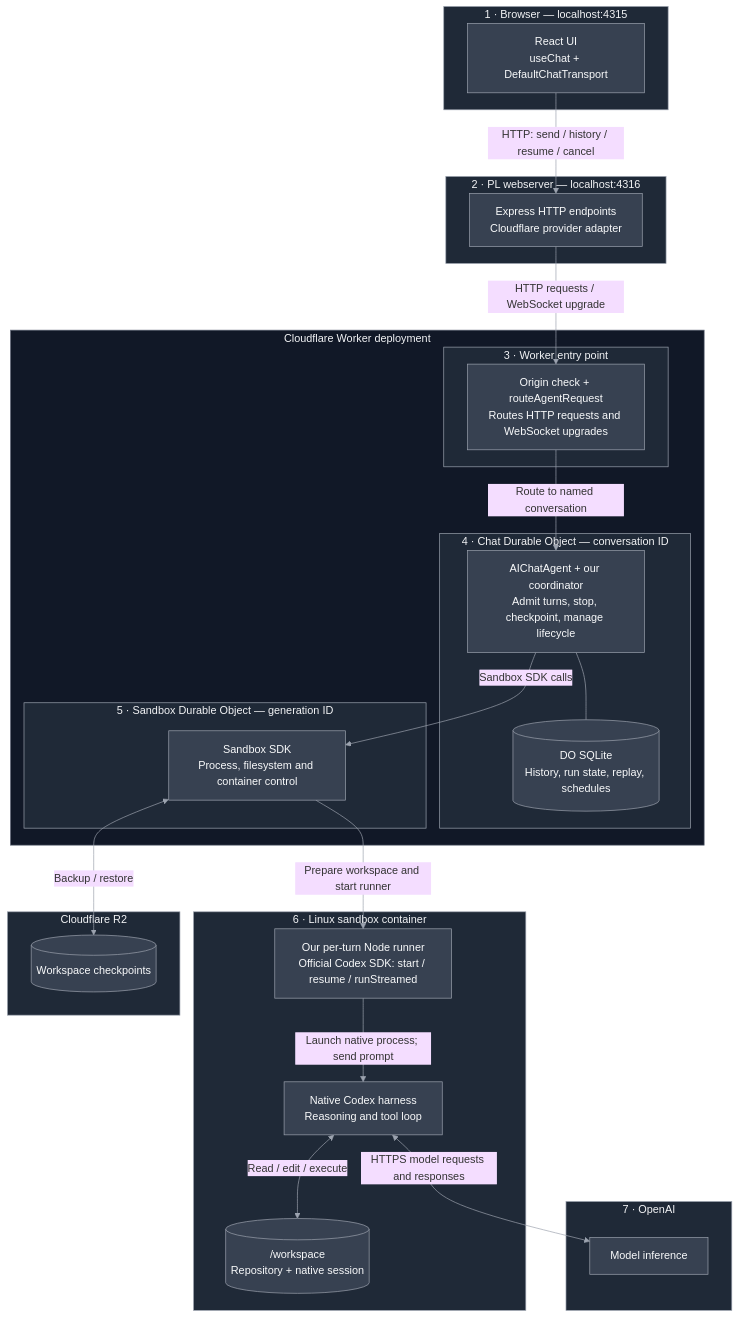
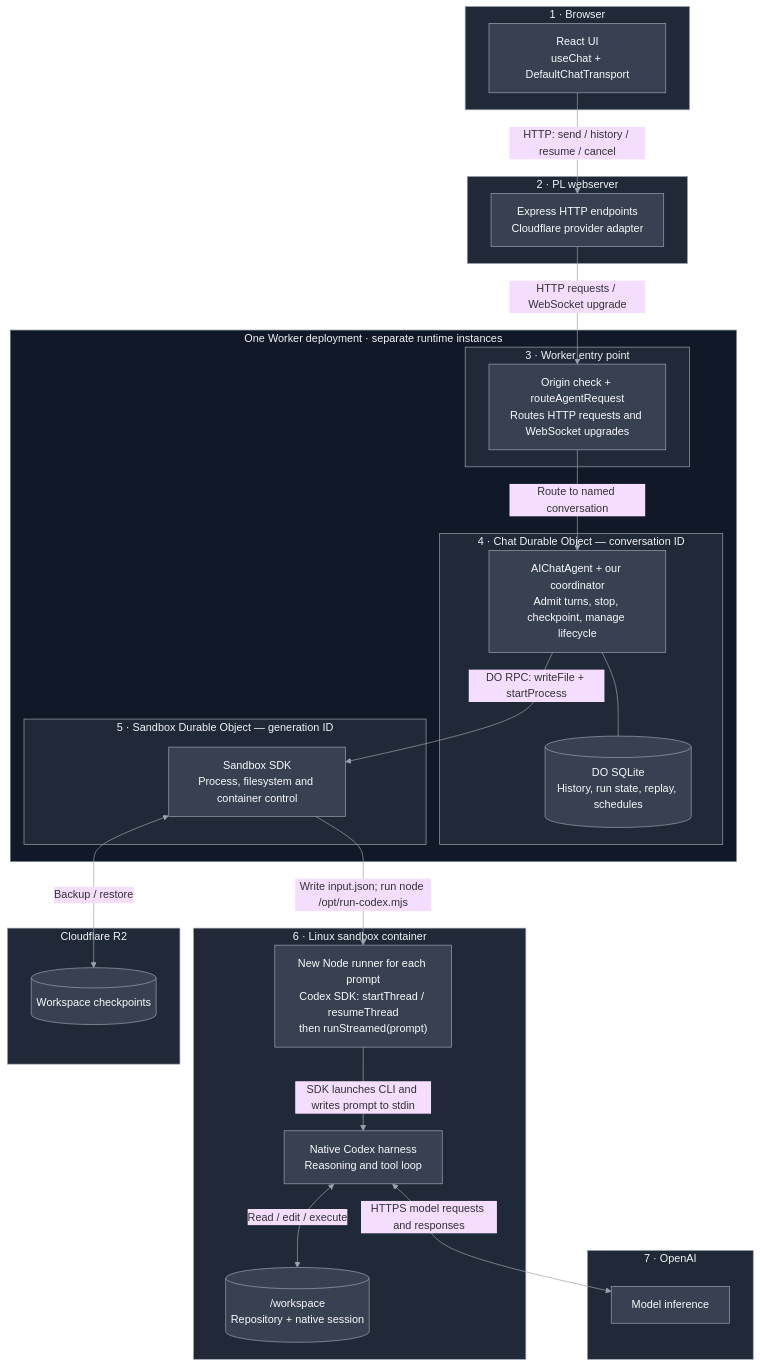
Before and after one commit to miguelaenlle/cloudflare-agents-sdk-test: the first of 3 diagrams in docs/architecture.md, drawn with Mermaid (base theme). The commit also changed other lines of this file, not shown here.

Commit message:
Clarify DO deployment boundaries and per-turn Codex input and output

````diff
--- a/docs/architecture.md
+++ b/docs/architecture.md
@@ -21,55 +21,55 @@
 ```mermaid
 flowchart TB
-    subgraph browser["1 · Browser — localhost:4315"]
+    subgraph browser["1 · Browser"]
         UI["React UI<br/>useChat + DefaultChatTransport"]
     end
-    subgraph backend["2 · PL webserver — localhost:4316"]
+    subgraph backend["2 · PL webserver"]
         Relay["Express HTTP endpoints<br/>Cloudflare provider adapter"]
     end
-    subgraph cloudflare["Cloudflare Worker deployment"]
+    subgraph cloudflare["One Worker deployment · separate runtime instances"]
         subgraph entry["3 · Worker entry point"]
             Router["Origin check + routeAgentRequest<br/>Routes HTTP requests and WebSocket upgrades"]
         end
         subgraph chat["4 · Chat Durable Object — conversation ID"]
             Coordinator["AIChatAgent + our coordinator<br/>Admit turns, stop, checkpoint, manage lifecycle"]
             SQLite[("DO SQLite<br/>History, run state, replay, schedules")]
         end
         subgraph control["5 · Sandbox Durable Object — generation ID"]
             SandboxAPI["Sandbox SDK<br/>Process, filesystem and container control"]
         end
     end
     subgraph container["6 · Linux sandbox container"]
-        Runner["Our per-turn Node runner<br/>Official Codex SDK: start / resume / runStreamed"]
+        Runner["New Node runner for each prompt<br/>Codex SDK: startThread / resumeThread<br/>then runStreamed(prompt)"]
         Codex["Native Codex harness<br/>Reasoning and tool loop"]
         Files[("/workspace<br/>Repository + native session")]
     end
     subgraph model["7 · OpenAI"]
         Inference["Model inference"]
     end
     subgraph storage["Cloudflare R2"]
         Backup[("Workspace checkpoints")]
     end
 
     UI -->|"HTTP: send / history / resume / cancel"| Relay
     Relay -->|"HTTP requests / WebSocket upgrade"| Router
     Router -->|"Route to named conversation"| Coordinator
-    Coordinator -->|"Sandbox SDK calls"| SandboxAPI
+    Coordinator -->|"DO RPC: writeFile + startProcess"| SandboxAPI
     Coordinator --- SQLite
-    SandboxAPI -->|"Prepare workspace and start runner"| Runner
+    SandboxAPI -->|"Write input.json; run node /opt/run-codex.mjs"| Runner
     SandboxAPI <-->|"Backup / restore"| Backup
-    Runner -->|"Launch native process; send prompt"| Codex
+    Runner -->|"SDK launches CLI and writes prompt to stdin"| Codex
     Codex <-->|"Read / edit / execute"| Files
     Codex <-->|"HTTPS model requests and responses"| Inference
 
     classDef default fill:#374151,stroke:#9ca3af,color:#f9fafb
     style cloudflare fill:#111827,stroke:#6b7280,color:#f3f4f6
     style browser fill:#1f2937,stroke:#9ca3af,color:#f3f4f6
     style backend fill:#1f2937,stroke:#9ca3af,color:#f3f4f6
     style entry fill:#1f2937,stroke:#9ca3af,color:#f3f4f6
     style chat fill:#1f2937,stroke:#9ca3af,color:#f3f4f6
     style control fill:#1f2937,stroke:#9ca3af,color:#f3f4f6
     style container fill:#1f2937,stroke:#9ca3af,color:#f3f4f6
     style model fill:#1f2937,stroke:#9ca3af,color:#f3f4f6
     style storage fill:#1f2937,stroke:#9ca3af,color:#f3f4f6
     linkStyle default stroke:#9ca3af
 ```
````
